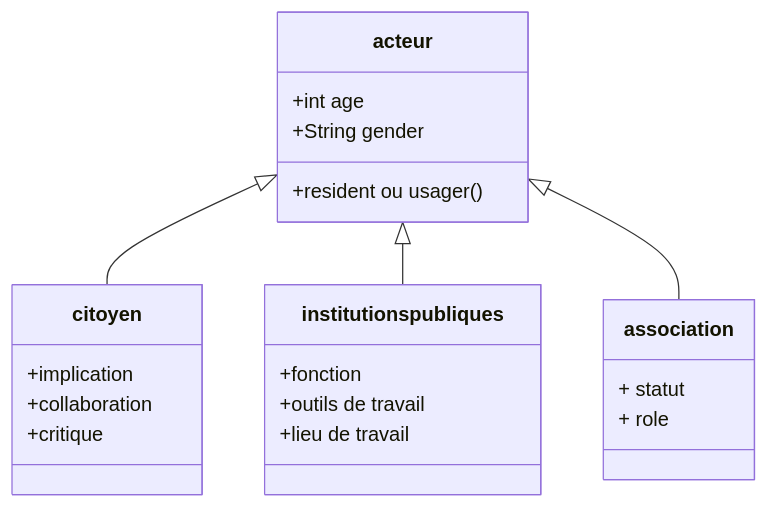
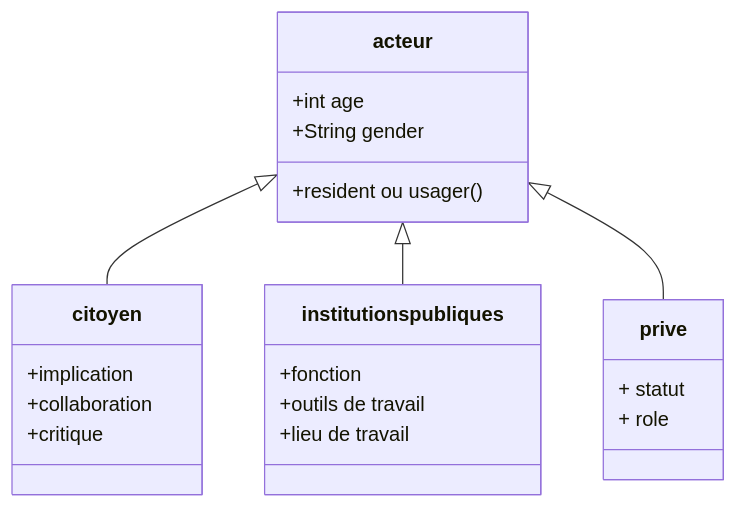
One commit to kahiarchi/plaine---saint--Denis---batiment- changed the diagram in acteurskahiarchi.md. Above: the diagram before and after it, drawn with Mermaid.

Commit message:
Update class diagram to replace 'association' with 'prive'

````diff
--- a/acteurskahiarchi.md
+++ b/acteurskahiarchi.md
@@ -1,25 +1,25 @@
 ```mermaid
 classDiagram
     acteur <|-- citoyen
     acteur <|-- institutions publiques
-    acteur <|-- association
+    acteur <|-- prive
 
     acteur : +int age
     acteur : +String gender
     acteur: +resident ou usager()
 
   class citoyen{
      +implication 
      +collaboration
      +critique
     }
     class institutions publiques{
           +fonction
           +outils de travail
           +lieu de travail
     }
-    class association{
+    class prive{
       + statut
      +  role
      }
 ```
````
